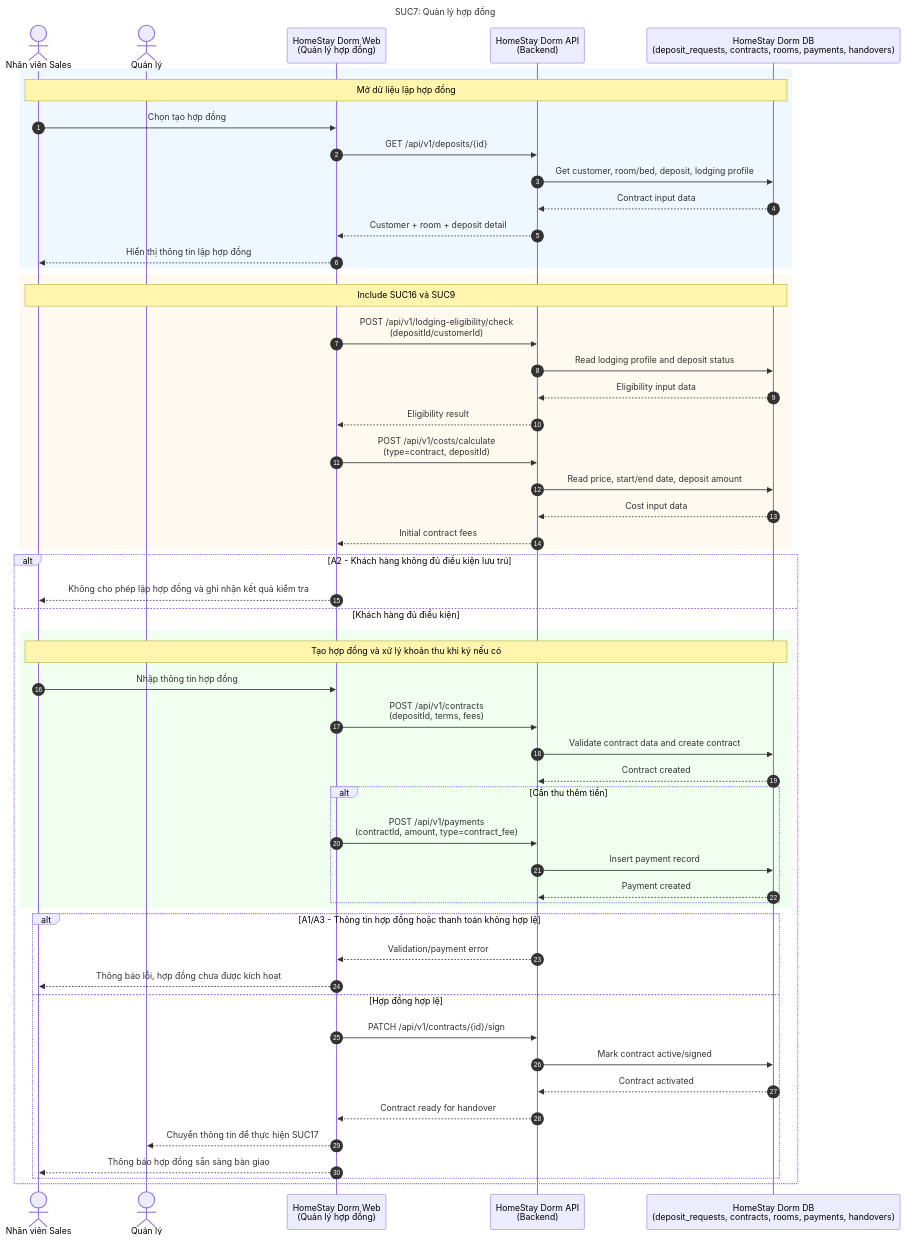
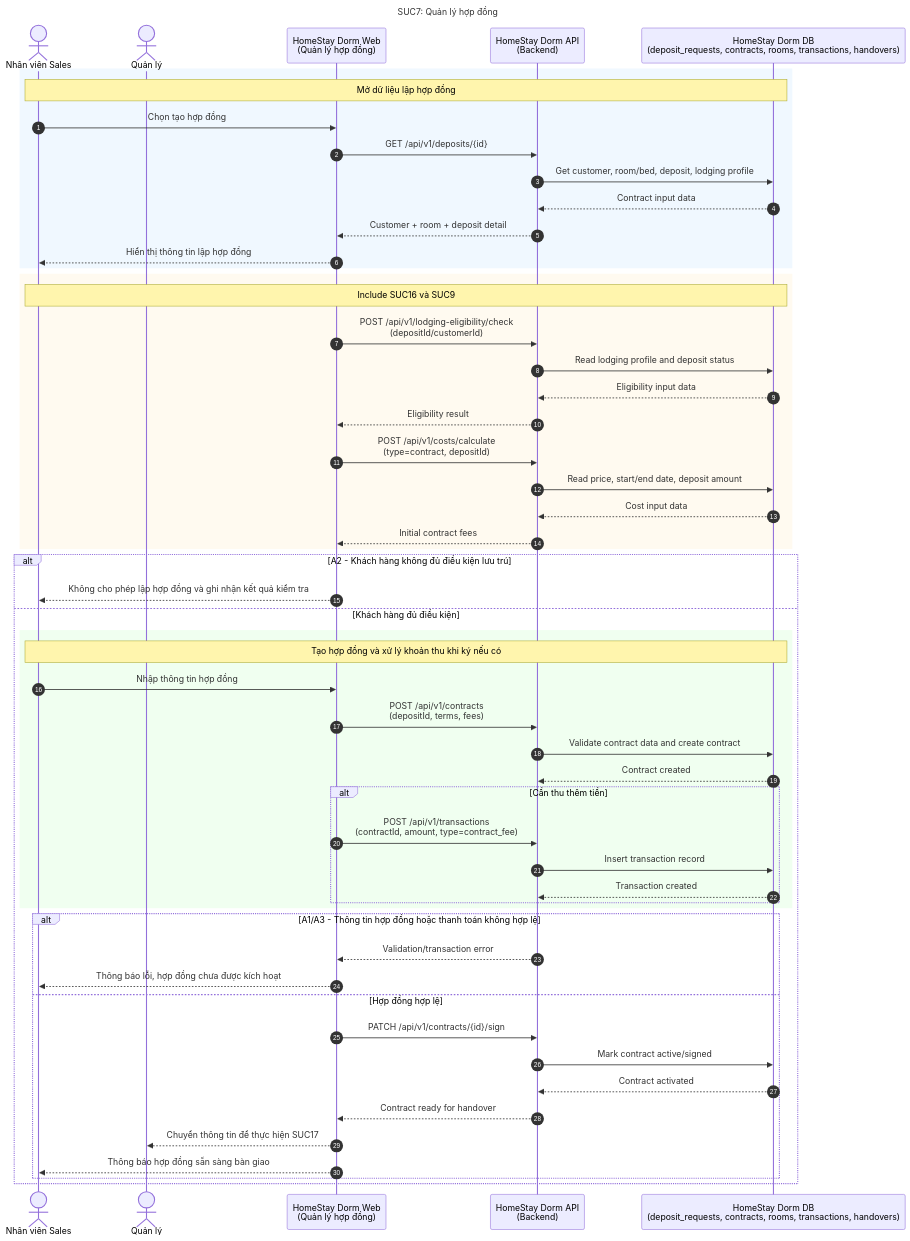
One commit to dinhdaivu/CSC12004_Information-Systems-Analysis-and-Design changed the diagram in docs/SUC/SUC07-quan-ly-hop-dong.mmd. Above: the diagram before and after it, drawn with Mermaid. The commit also changed 11 other files, not shown here.

```diff
--- a/docs/SUC/SUC07-quan-ly-hop-dong.mmd
+++ b/docs/SUC/SUC07-quan-ly-hop-dong.mmd
@@ -1,59 +1,59 @@
 sequenceDiagram
     title SUC7: Quản lý hợp đồng
     autonumber
     actor S as Nhân viên Sales
     actor M as Quản lý
     participant Web as HomeStay Dorm Web<br/>(Quản lý hợp đồng)
     participant API as HomeStay Dorm API<br/>(Backend)
-    participant DB as HomeStay Dorm DB<br/>(deposit_requests, contracts, rooms, payments, handovers)
+    participant DB as HomeStay Dorm DB<br/>(deposit_requests, contracts, rooms, transactions, handovers)
 
     rect rgb(240, 248, 255)
         Note over S, DB: Mở dữ liệu lập hợp đồng
         S->>Web: Chọn tạo hợp đồng
         Web->>API: GET /api/v1/deposits/{id}
         API->>DB: Get customer, room/bed, deposit, lodging profile
         DB-->>API: Contract input data
         API-->>Web: Customer + room + deposit detail
         Web-->>S: Hiển thị thông tin lập hợp đồng
     end
 
     rect rgb(255, 250, 240)
         Note over S, DB: Include SUC16 và SUC9
         Web->>API: POST /api/v1/lodging-eligibility/check<br/>(depositId/customerId)
         API->>DB: Read lodging profile and deposit status
         DB-->>API: Eligibility input data
         API-->>Web: Eligibility result
         Web->>API: POST /api/v1/costs/calculate<br/>(type=contract, depositId)
         API->>DB: Read price, start/end date, deposit amount
         DB-->>API: Cost input data
         API-->>Web: Initial contract fees
     end
 
     alt A2 - Khách hàng không đủ điều kiện lưu trú
         Web-->>S: Không cho phép lập hợp đồng và ghi nhận kết quả kiểm tra
     else Khách hàng đủ điều kiện
         rect rgb(240, 255, 240)
             Note over S, DB: Tạo hợp đồng và xử lý khoản thu khi ký nếu có
             S->>Web: Nhập thông tin hợp đồng
             Web->>API: POST /api/v1/contracts<br/>(depositId, terms, fees)
             API->>DB: Validate contract data and create contract
             DB-->>API: Contract created
             alt Cần thu thêm tiền
-                Web->>API: POST /api/v1/payments<br/>(contractId, amount, type=contract_fee)
-                API->>DB: Insert payment record
-                DB-->>API: Payment created
+                Web->>API: POST /api/v1/transactions<br/>(contractId, amount, type=contract_fee)
+                API->>DB: Insert transaction record
+                DB-->>API: Transaction created
             end
         end
 
         alt A1/A3 - Thông tin hợp đồng hoặc thanh toán không hợp lệ
-            API-->>Web: Validation/payment error
+            API-->>Web: Validation/transaction error
             Web-->>S: Thông báo lỗi, hợp đồng chưa được kích hoạt
         else Hợp đồng hợp lệ
             Web->>API: PATCH /api/v1/contracts/{id}/sign
             API->>DB: Mark contract active/signed
             DB-->>API: Contract activated
             API-->>Web: Contract ready for handover
             Web-->>M: Chuyển thông tin để thực hiện SUC17
             Web-->>S: Thông báo hợp đồng sẵn sàng bàn giao
         end
     end
```
